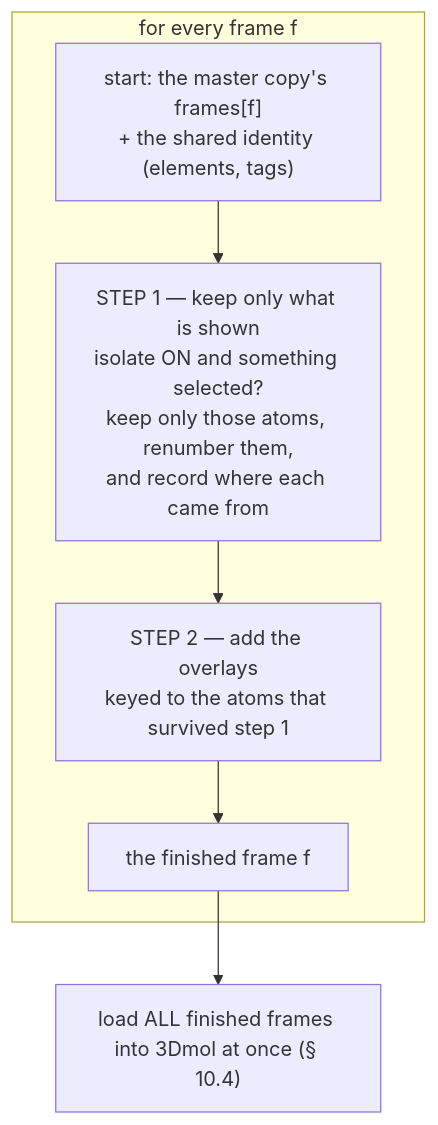
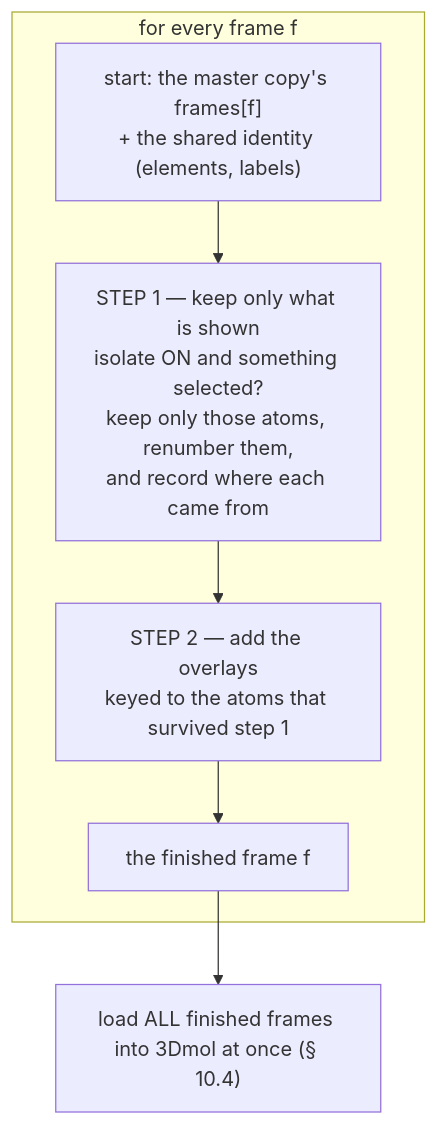
One commit to Qing-LAB/molbuilder changed the fifth of 7 diagrams in docs/web/molview.md. Above: the diagram before and after it, drawn with Mermaid. The commit also changed other lines of this file, not shown here.

````diff
--- a/docs/web/molview.md
+++ b/docs/web/molview.md
@@ -1292,11 +1296,11 @@
 ```mermaid
 flowchart TD
     subgraph PF["for every frame f"]
-      C0["start: the master copy's frames[f]<br/>+ the shared identity (elements, tags)"]
+      C0["start: the master copy's frames[f]<br/>+ the shared identity (elements, labels)"]
       SEL["STEP 1 — keep only what is shown<br/>isolate ON and something selected?<br/>keep only those atoms, renumber them,<br/>and record where each came from"]
       OV["STEP 2 — add the overlays<br/>keyed to the atoms that survived step 1"]
       OUT["the finished frame f"]
       C0 --> SEL --> OV --> OUT
     end
     OUT --> LOAD["load ALL finished frames into 3Dmol at once (§ 10.4)"]
 ```
````
